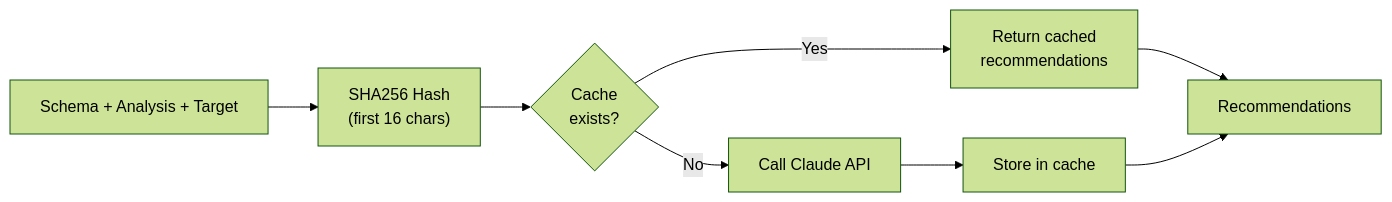
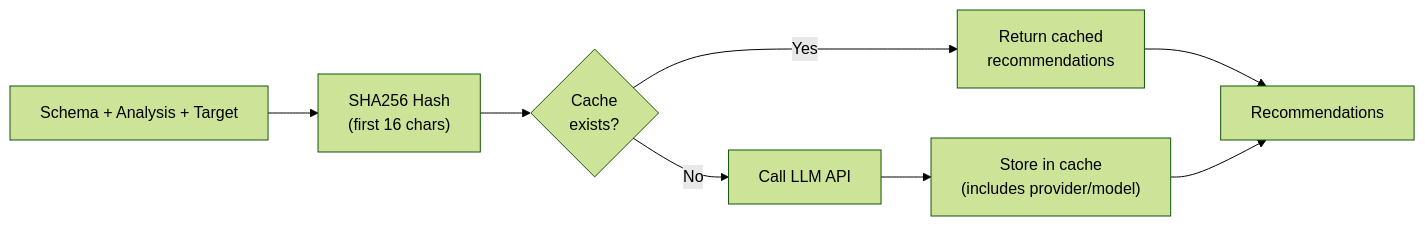
Before and after one commit to kraghavan/schema-travels: the seventh of 7 diagrams in ARCHITECTURE.md, drawn with Mermaid (forest theme). The commit also changed other lines of this file and 21 other files, not shown here.

````diff
--- a/ARCHITECTURE.md
+++ b/ARCHITECTURE.md
@@ -267,18 +354,18 @@
 ```mermaid
 flowchart LR
     INPUT["Schema + Analysis + Target"]
     HASH["SHA256 Hash<br/>(first 16 chars)"]
     CHECK{"Cache<br/>exists?"}
     HIT["Return cached<br/>recommendations"]
-    MISS["Call Claude API"]
-    STORE["Store in cache"]
+    MISS["Call LLM API"]
+    STORE["Store in cache<br/>(includes provider/model)"]
     OUTPUT["Recommendations"]
 
     INPUT --> HASH
     HASH --> CHECK
     CHECK -->|Yes| HIT
     CHECK -->|No| MISS
     MISS --> STORE
     HIT --> OUTPUT
     STORE --> OUTPUT
 ```
````
